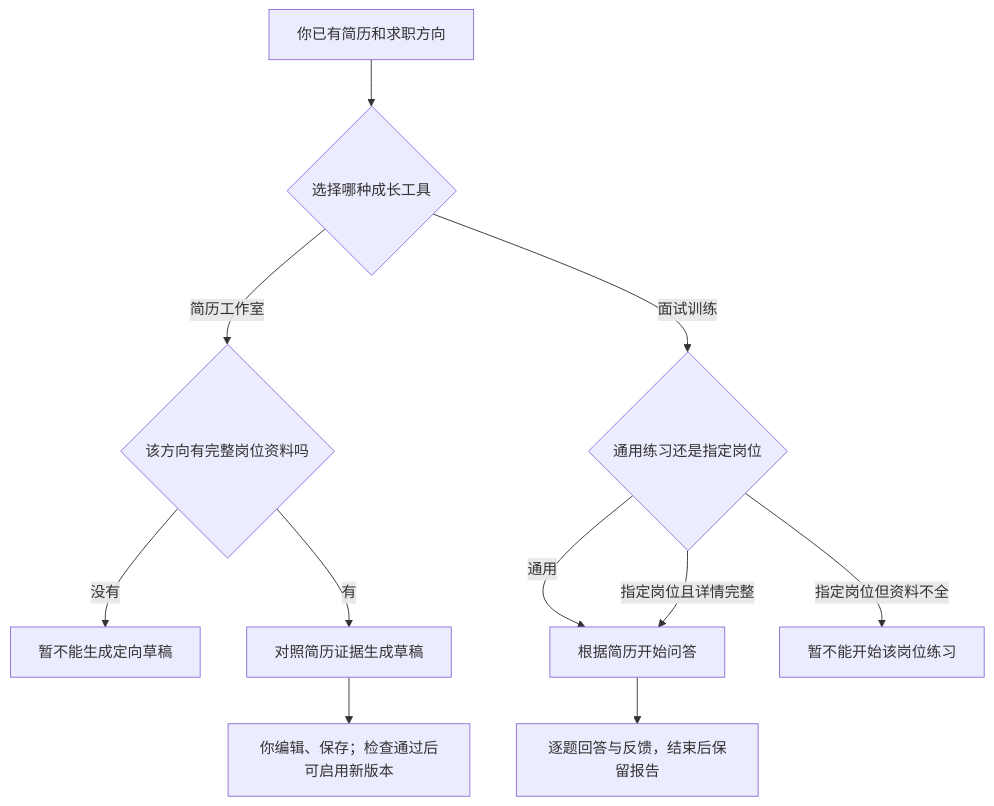
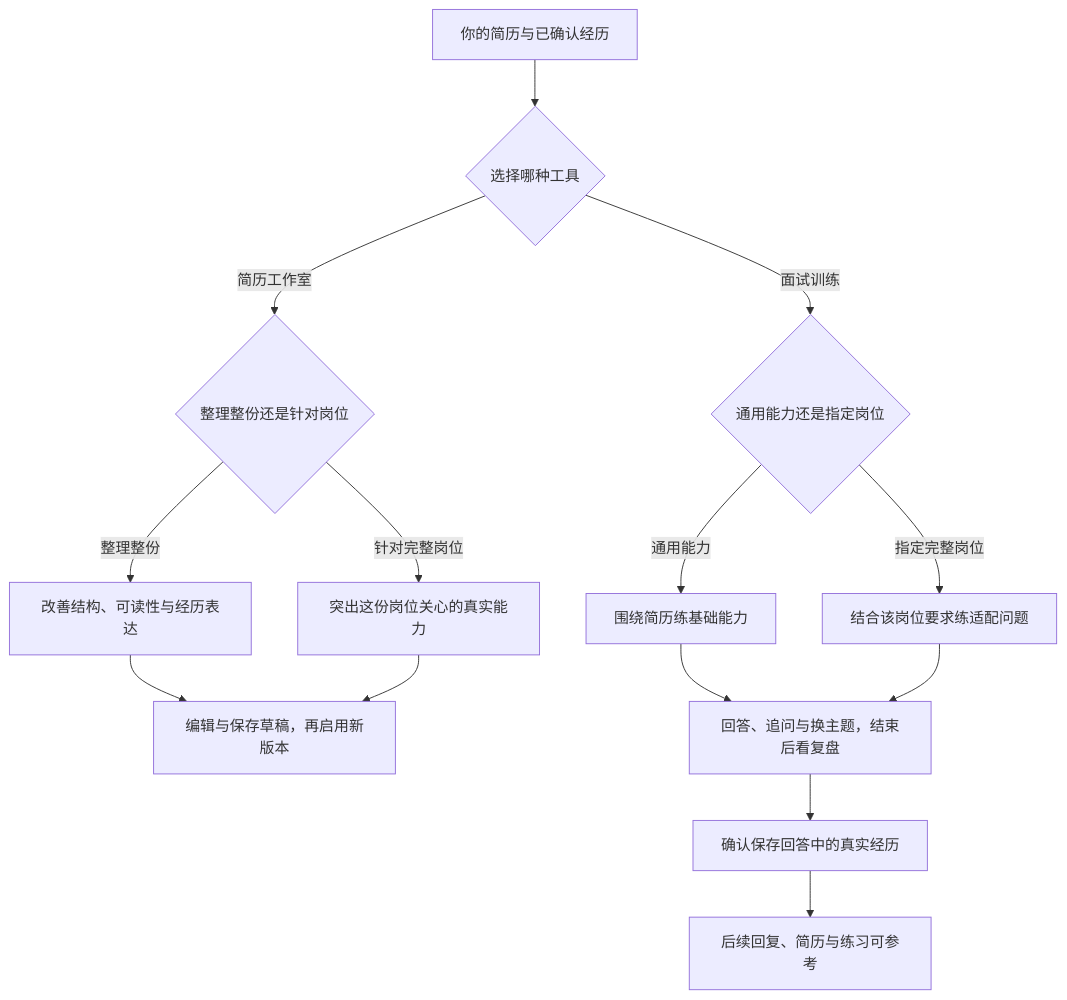
Before and after one commit to daydreamer0213/OfferGo: diagram 13 of 15 in docs/offergo-project-map.md, drawn with Mermaid. The commit also changed other lines of this file and 5 other files, not shown here.

````diff
--- a/docs/offergo-project-map.md
+++ b/docs/offergo-project-map.md
@@ -295,13 +295,16 @@
 ```mermaid
 flowchart TD
-  A[你已有简历和求职方向] --> B{选择哪种成长工具}
-  B -- 简历工作室 --> C{该方向有完整岗位资料吗}
-  C -- 没有 --> D[暂不能生成定向草稿]
-  C -- 有 --> E[对照简历证据生成草稿]
-  E --> F[你编辑、保存；检查通过后可启用新版本]
-  B -- 面试训练 --> G{通用练习还是指定岗位}
-  G -- 通用 --> H[根据简历开始问答]
-  G -- 指定岗位且详情完整 --> H
-  G -- 指定岗位但资料不全 --> I[暂不能开始该岗位练习]
-  H --> J[逐题回答与反馈，结束后保留报告]
+  A[你的简历与已确认经历] --> B{选择哪种工具}
+  B -- 简历工作室 --> C{整理整份还是针对岗位}
+  C -- 整理整份 --> D[改善结构、可读性与经历表达]
+  C -- 针对完整岗位 --> E[突出这份岗位关心的真实能力]
+  D --> F[编辑与保存草稿，再启用新版本]
+  E --> F
+  B -- 面试训练 --> G{通用能力还是指定岗位}
+  G -- 通用能力 --> H[围绕简历练基础能力]
+  G -- 指定完整岗位 --> I[结合该岗位要求练适配问题]
+  H --> J[回答、追问与换主题，结束后看复盘]
+  I --> J
+  J --> K[确认保存回答中的真实经历]
+  K --> L[后续回复、简历与练习可参考]
 ```
````
